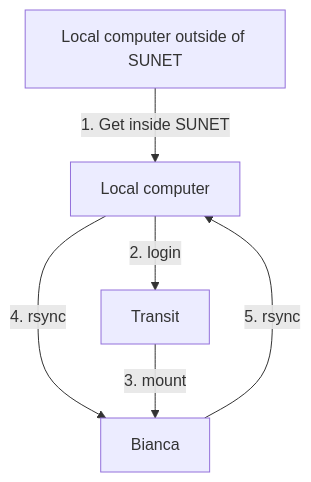
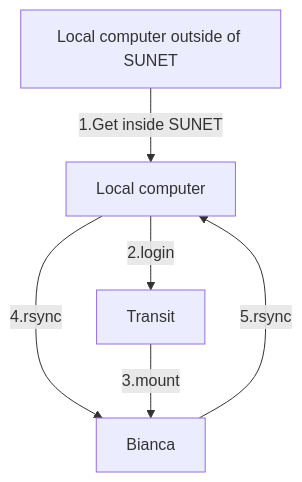
The diagram in docs/software/bianca_file_transfer_using_rsync.md (UPPMAX/UPPMAX-documentation), drawn with Mermaid before and after one commit.

````diff
--- a/docs/software/bianca_file_transfer_using_rsync.md
+++ b/docs/software/bianca_file_transfer_using_rsync.md
@@ -13,12 +13,12 @@
 ```mermaid
 flowchart TD
   local_computer_ourside_sunet[Local computer outside of SUNET]
   local_computer[Local computer]
   transit[Transit]
   bianca[Bianca]
-  local_computer_ourside_sunet --> |1. Get inside SUNET|local_computer
-  local_computer --> |2. login| transit
-  local_computer --> |4. rsync| bianca
-  bianca --> |5. rsync| local_computer
-  transit --> |3. mount| bianca
+  local_computer_ourside_sunet --> |1.Get inside SUNET|local_computer
+  local_computer --> |2.login| transit
+  local_computer --> |4.rsync| bianca
+  bianca --> |5.rsync| local_computer
+  transit --> |3.mount| bianca
 ```
````
